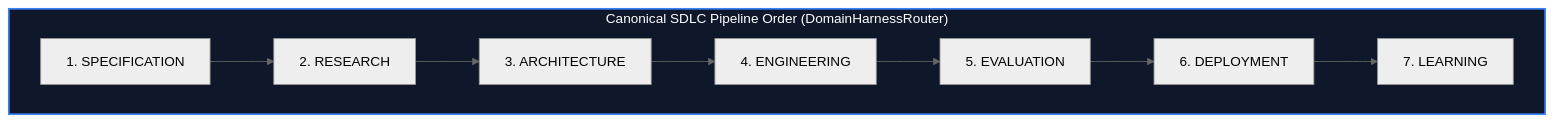
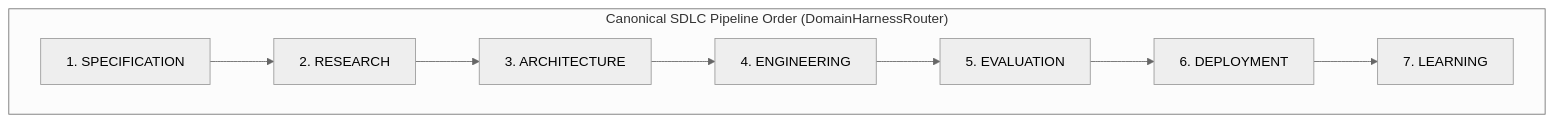
Before and after one commit to jacobjerryarackal/harness-engineering: diagram 11 of 16 in README.md, drawn with Mermaid (neutral theme). The commit also changed other lines of this file, not shown here.

Commit message:
docs: clean up Mermaid diagrams by removing styling and replace HLD diagram with static image link

````diff
--- a/README.md
+++ b/README.md
@@ -728,14 +533,12 @@
 ```mermaid
 flowchart TD
     subgraph DomainOrder["Canonical SDLC Pipeline Order (DomainHarnessRouter)"]
         direction LR
         D1["1. SPECIFICATION"] --> D2["2. RESEARCH"]
         D2 --> D3["3. ARCHITECTURE"]
         D3 --> D4["4. ENGINEERING"]
         D4 --> D5["5. EVALUATION"]
         D5 --> D6["6. DEPLOYMENT"]
         D6 --> D7["7. LEARNING"]
     end
-
-    style DomainOrder fill:#0f172a,stroke:#3b82f6,stroke-width:2px,color:#fff
 ```
````
